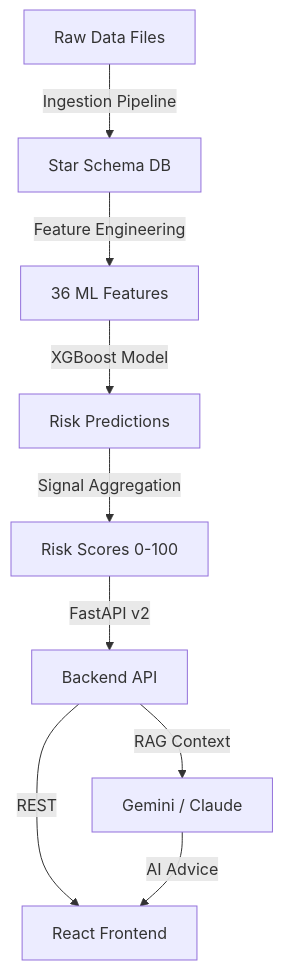
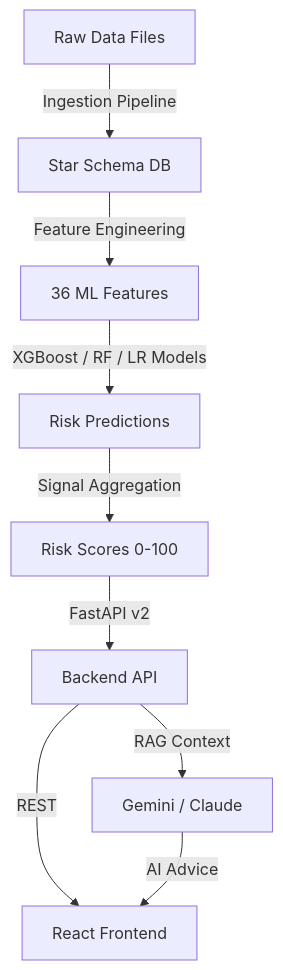
The diagram in README.md (bishesh-droid/ews-retention-platform), drawn with Mermaid before and after one commit. The commit also changed other lines of this file, not shown here.

````diff
--- a/README.md
+++ b/README.md
@@ -55,11 +55,11 @@
 ```mermaid
 graph TB
     A[Raw Data Files] -->|Ingestion Pipeline| B[Star Schema DB]
     B -->|Feature Engineering| C[36 ML Features]
-    C -->|XGBoost Model| D[Risk Predictions]
+    C -->|XGBoost / RF / LR Models| D[Risk Predictions]
     D -->|Signal Aggregation| E[Risk Scores 0-100]
     E -->|FastAPI v2| F[Backend API]
     F -->|REST| G[React Frontend]
     F -->|RAG Context| H[Gemini / Claude]
     H -->|AI Advice| G
 ```
````
